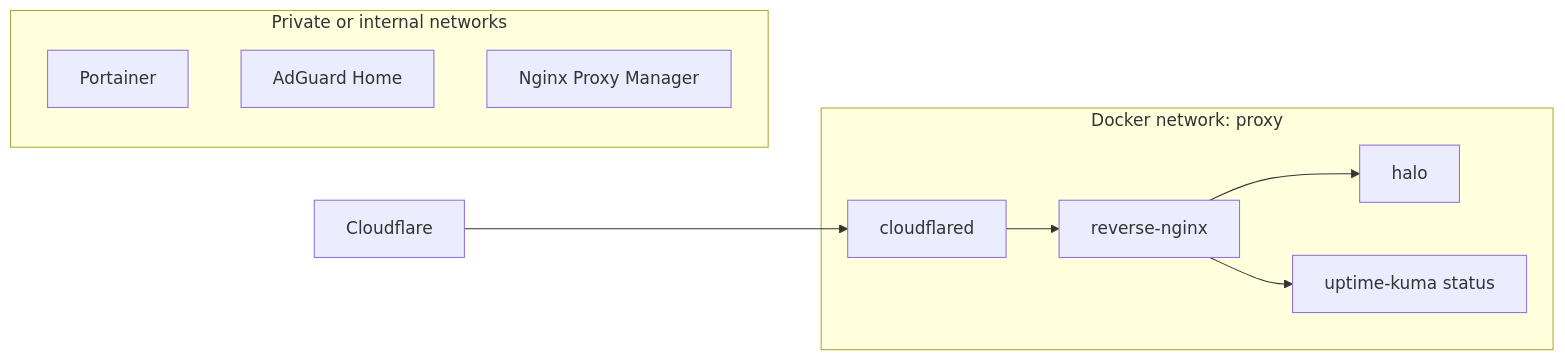
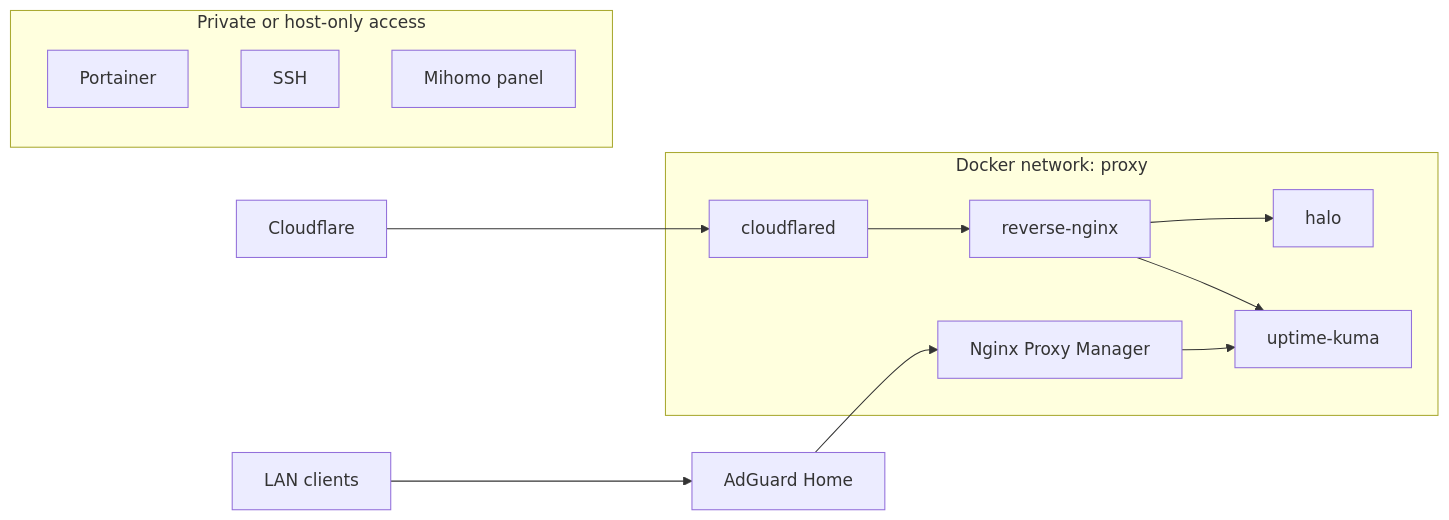
One commit to ryoo2001/homelab-infra changed the diagram in docs/docker-network-isolation.md. Above: the diagram before and after it, drawn with Mermaid. The commit also changed other lines of this file and 7 other files, not shown here.

````diff
--- a/docs/docker-network-isolation.md
+++ b/docs/docker-network-isolation.md
@@ -31,21 +32,26 @@
 ```mermaid
 flowchart LR
   cf[Cloudflare] --> tunnel[cloudflared]
   tunnel --> reverse[reverse-nginx]
 
+  lan[LAN clients] --> adguard[AdGuard Home]
+  adguard --> npm[Nginx Proxy Manager]
+
   subgraph ProxyNetwork["Docker network: proxy"]
     tunnel
     reverse
+    npm
     halo[halo]
-    kuma[uptime-kuma status]
+    kuma[uptime-kuma]
   end
 
-  subgraph PrivateNetwork["Private or internal networks"]
+  subgraph PrivateNetwork["Private or host-only access"]
     portainer[Portainer]
-    adguard[AdGuard Home]
-    npm[Nginx Proxy Manager]
+    ssh[SSH]
+    mihomo[Mihomo panel]
   end
 
   reverse --> halo
   reverse --> kuma
+  npm --> kuma
 ```
````
